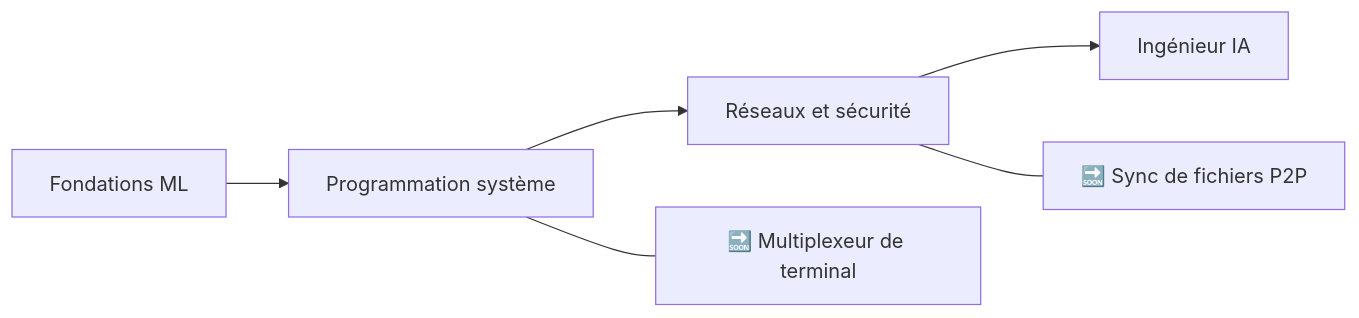
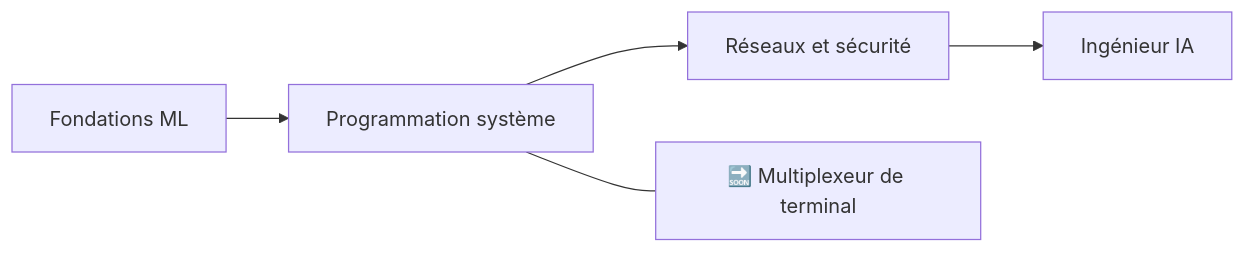
One commit to zuroking/zuroking changed the diagram in README_fr.md. Above: the diagram before and after it, drawn with Mermaid. The commit also changed other lines of this file, not shown here.

````diff
--- a/README_fr.md
+++ b/README_fr.md
@@ -101,9 +102,8 @@
 ```mermaid
 flowchart LR
     A[Fondations ML] --> B[Programmation système]
     B --> C[Réseaux et sécurité]
     C --> D[Ingénieur IA]
 
     B --- B1[🔜 Multiplexeur de terminal]
-    C --- C2[🔜 Sync de fichiers P2P]
 ```
````
